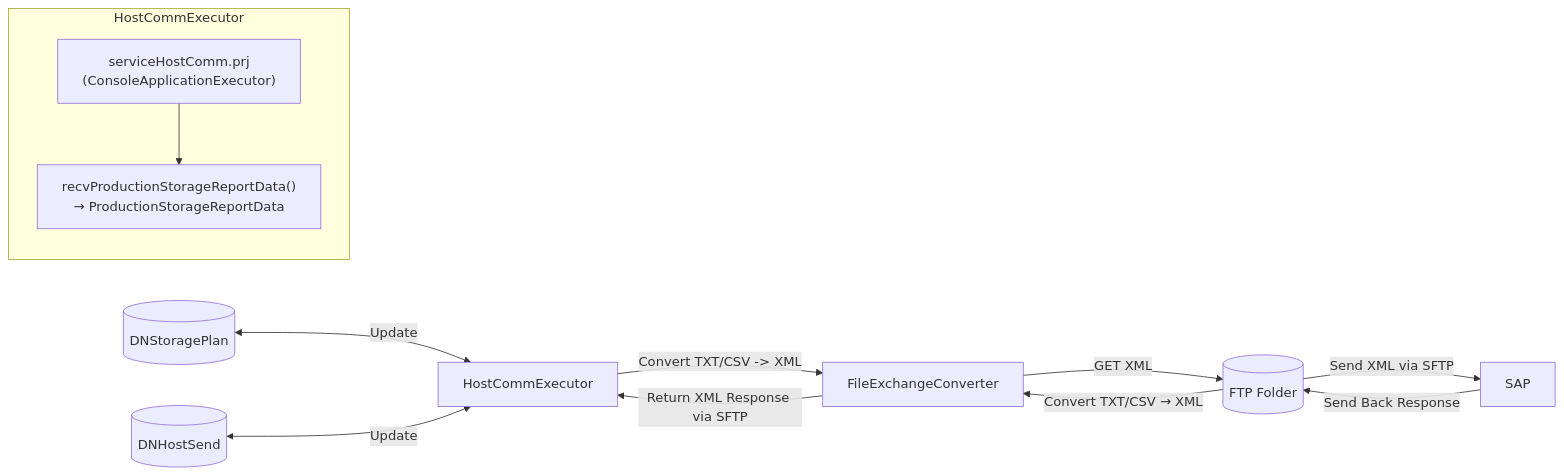
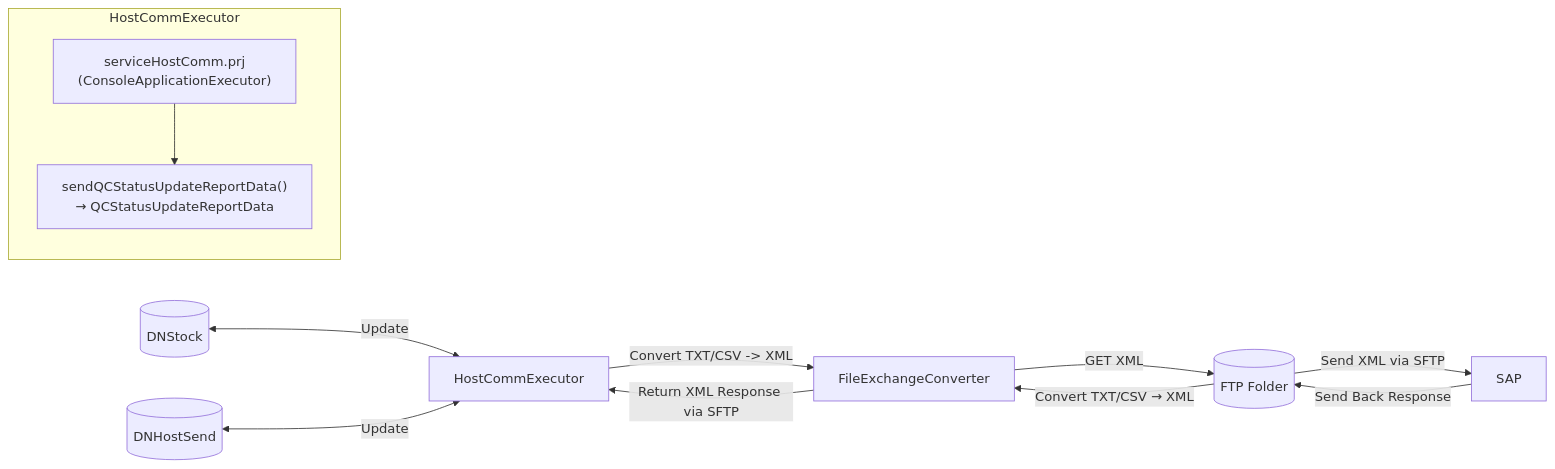
Before and after one commit to luthfiadityaa/SimeDarby-Wiki: the diagram in Basic-Design/Host-Interfaces/QC-Status-Update-Result.md, drawn with Mermaid. The commit also changed other lines of this file, not shown here.

```diff
--- a/Basic-Design/Host-Interfaces/QC-Status-Update-Result.md
+++ b/Basic-Design/Host-Interfaces/QC-Status-Update-Result.md
@@ -21,17 +11,17 @@
 ::: mermaid
 flowchart LR
     A[HostCommExecutor] -->|Convert TXT/CSV -> XML| B[FileExchangeConverter]
     B -->|GET XML| C[(FTP Folder)]
     C -->|Send XML via SFTP| D[SAP]
     D -->|Send Back Response| C
     C -->|Convert TXT/CSV → XML| B
     B -->|Return XML Response via SFTP| A
-    E[(DNStoragePlan)] <--> |Update| A
+    E[(DNStock)] <--> |Update| A
     F[(DNHostSend)] <--> |Update| A
 
      subgraph HostCommExecutor
         C1["serviceHostComm.prj<br>(ConsoleApplicationExecutor)"]
-        C2["recvProductionStorageReportData()<br>→ ProductionStorageReportData"]
+        C2["sendQCStatusUpdateReportData()<br>→ QCStatusUpdateReportData"]
         C1 --> C2
     end
 :::
```
